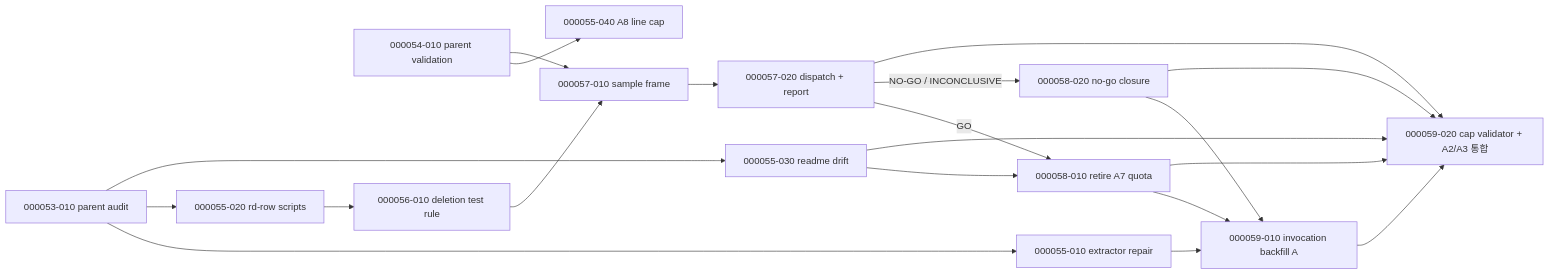
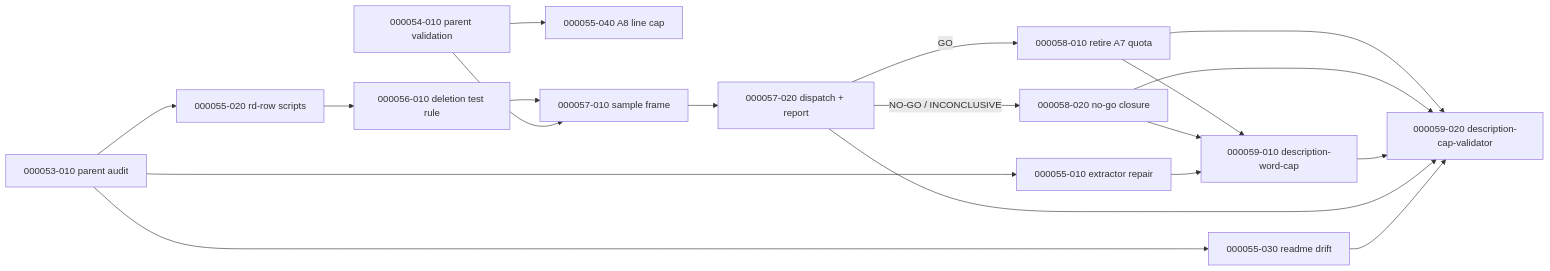
One commit to yongwoon/ywc-agent-toolkit changed diagram 25 of 25 in tasks/dependency-graph.md. Above: the diagram before and after it, drawn with Mermaid.

Commit message:
docs: fix stale mermaid labels and duplicate node in dependency-graph.md
CodeRabbit review on PR #135: Phase 000059's mermaid graph still used
node labels from the deferred 'invocation:' tier draft ('invocation
backfill A/B') after the phase was rewritten to the flat 80-word
description cap; E2 was defined twice with different labels (renderer
behavior on duplicate node-id labels is undefined); and an A3 --> D1
edge (000055-030 -> 000058-010) had no corresponding dependency in the
task table. Renamed E1/E2 to match the actual task names, removed the
duplicate E2 definition, and removed the unsupported edge.

````diff
--- a/tasks/dependency-graph.md
+++ b/tasks/dependency-graph.md
@@ -1129,22 +1129,21 @@
 ```mermaid
 graph LR
   P1[000053-010 parent audit] --> A1[000055-010 extractor repair]
   P1 --> A2[000055-020 rd-row scripts]
   P1 --> A3[000055-030 readme drift]
   P2[000054-010 parent validation] --> A4[000055-040 A8 line cap]
   A2 --> B1[000056-010 deletion test rule]
   B1 --> C1[000057-010 sample frame]
   P2 --> C1
   C1 --> C2[000057-020 dispatch + report]
   C2 -->|GO| D1[000058-010 retire A7 quota]
   C2 -->|NO-GO / INCONCLUSIVE| D2[000058-020 no-go closure]
-  A3 --> D1
-  D1 --> E1[000059-010 invocation backfill A]
+  D1 --> E1[000059-010 description-word-cap]
   D2 --> E1
-  D1 --> E2[000059-020 invocation backfill B]
+  D1 --> E2[000059-020 description-cap-validator]
   D2 --> E2
   A1 --> E1
-  E1 --> E2[000059-020 cap validator + A2/A3 통합]
+  E1 --> E2
   C2 --> E2
   A3 --> E2
 ```
````
